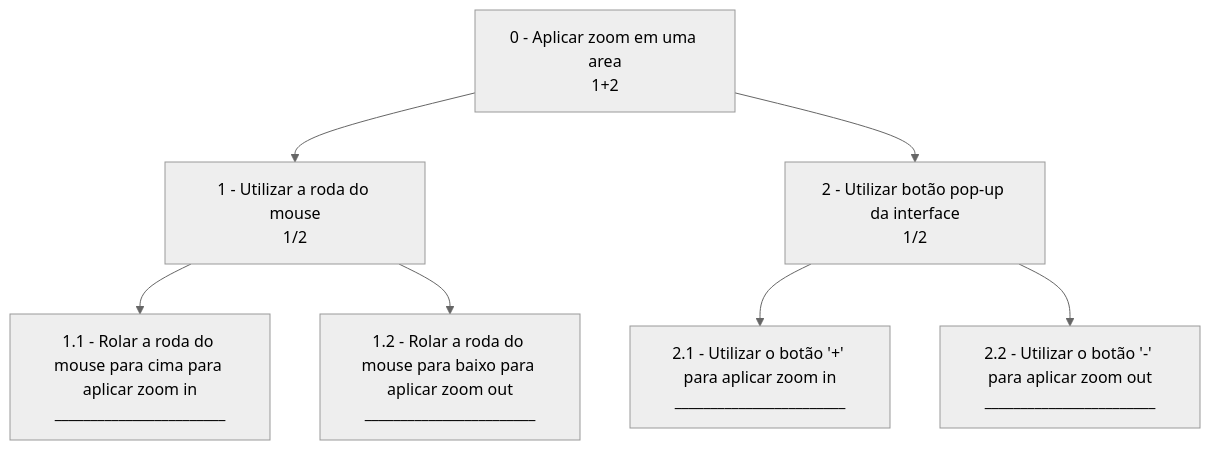
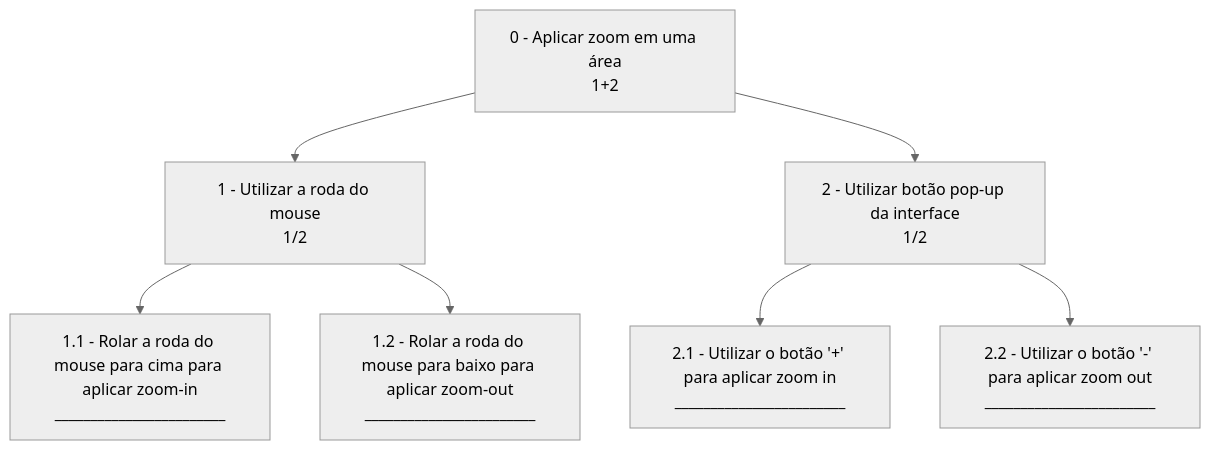
The fourth of 4 diagrams in Arquivos/Documentos/5_analise_tarefas.md (mdarce765/ProjetoIHC), drawn with Mermaid (neutral theme) before and after one commit. The commit also changed other lines of this file, not shown here.

````diff
--- a/Arquivos/Documentos/5_analise_tarefas.md
+++ b/Arquivos/Documentos/5_analise_tarefas.md
@@ -67,19 +68,21 @@
 ```mermaid
 graph TD;
-    id0[0 - Aplicar zoom em uma area<br>1+2]
-    id1[1 - Utilizar a roda do mouse<br>1/2]
-    id2[2 - Utilizar botão pop-up da interface<br>1/2]
-    id1.1[1.1 - Rolar a roda do mouse para cima para aplicar zoom in<br>________________________]
-    id1.2[1.2 - Rolar a roda do mouse para baixo para aplicar zoom out<br>________________________]
-    id2.1[2.1 - Utilizar o botão '+' para aplicar zoom in<br>________________________]
-    id2.2[2.2 - Utilizar o botão '-' para aplicar zoom out<br>________________________]
+    id0[0 - Aplicar zoom em uma área<br>1+2]
 
-    id0-->id1
-    id0-->id2
+    id1[1 - Utilizar a roda do mouse<br>1/2]
+    id1.1[1.1 - Rolar a roda do mouse para cima para aplicar zoom-in<br>________________________]
+    id1.2[1.2 - Rolar a roda do mouse para baixo para aplicar zoom-out<br>________________________]
 
-    id1-->id1.1
-    id1-->id1.2
+    id2[2 - Utilizar botão pop-up da interface<br>1/2]
+    id2.1[2.1 - Utilizar o botão '+' para aplicar zoom in<br>________________________]
+    id2.2[2.2 - Utilizar o botão '-' para aplicar zoom out<br>________________________]
 
-    id2-->id2.1
-    id2-->id2.2
+    id0-->id1
+    id0-->id2
+
+    id1-->id1.1
+    id1-->id1.2
+
+    id2-->id2.1
+    id2-->id2.2
 ```
````
